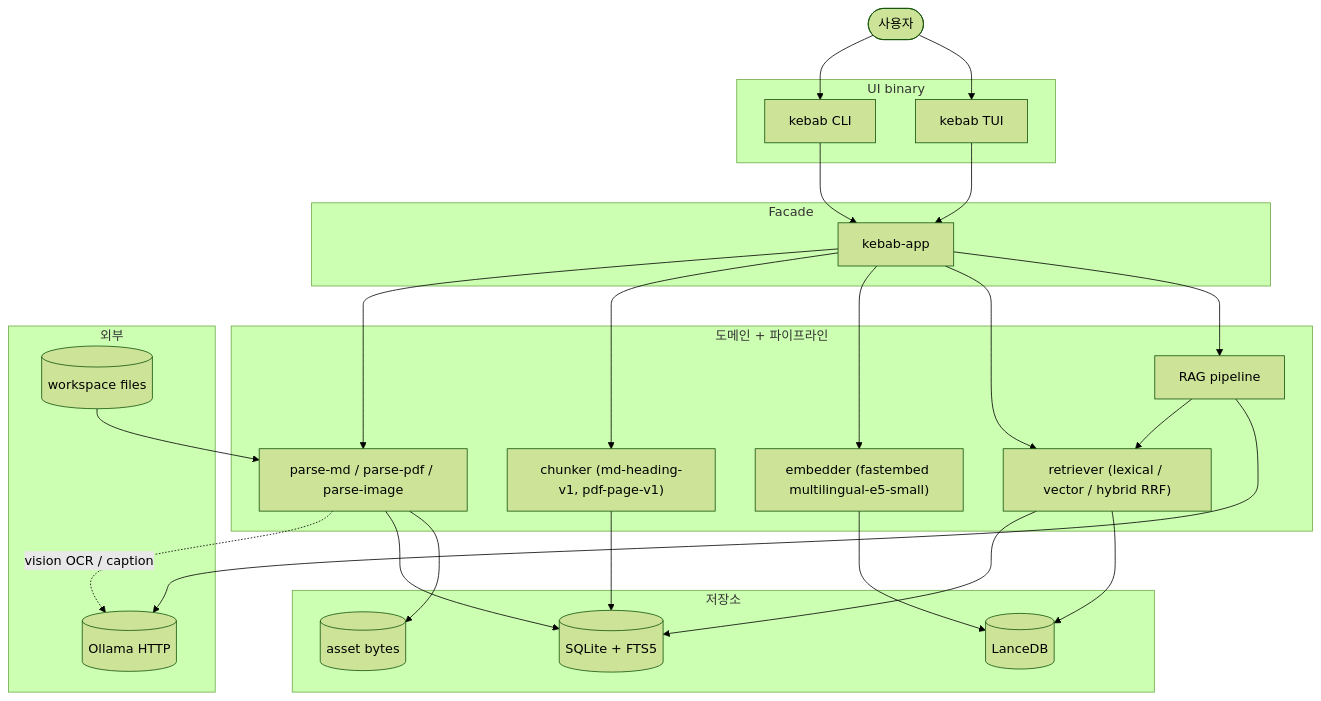
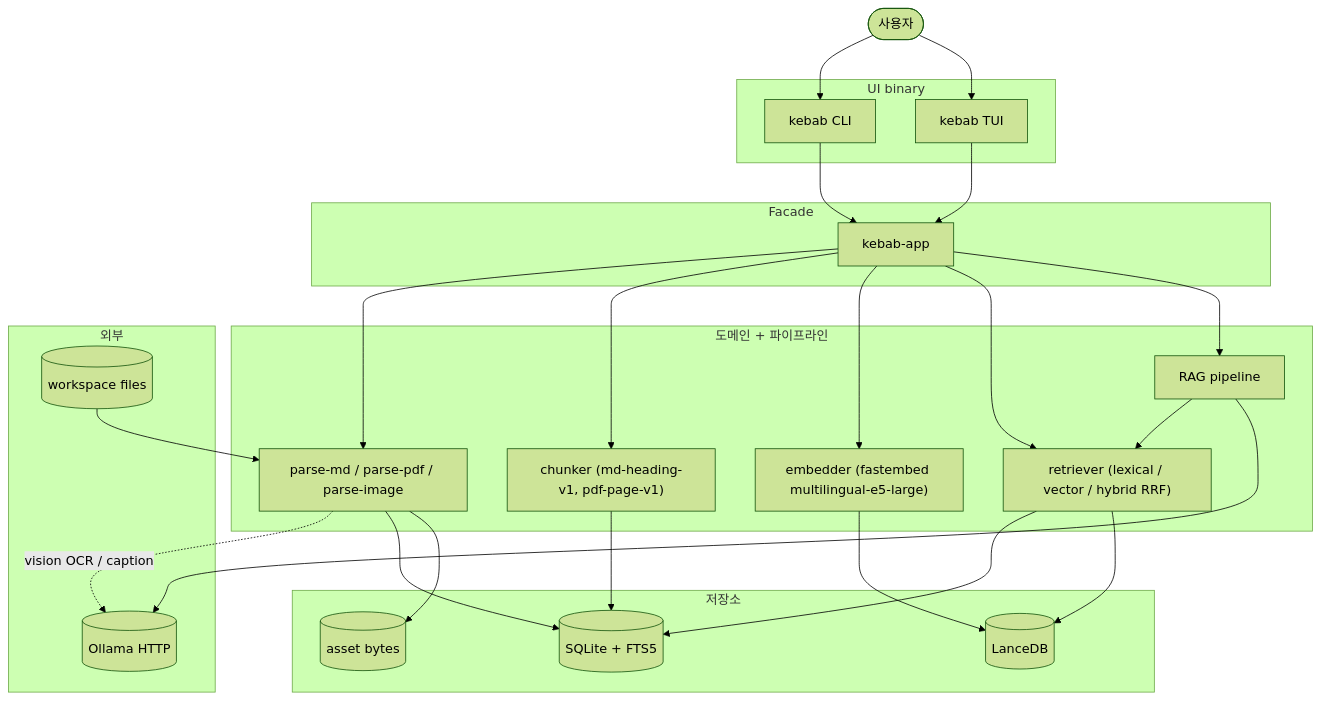
One commit to altair823/kebab changed the diagram in README.md. Above: the diagram before and after it, drawn with Mermaid (forest theme). The commit also changed other lines of this file and 6 other files, not shown here.

````diff
--- a/README.md
+++ b/README.md
@@ -120,56 +120,56 @@
 ```mermaid
 flowchart TB
     user(["사용자"])
 
     subgraph UI["UI binary"]
         cli["kebab CLI"]
         tui["kebab TUI"]
     end
 
     subgraph App["Facade"]
         app["kebab-app"]
     end
 
     subgraph Pipeline["도메인 + 파이프라인"]
         parse["parse-md / parse-pdf / parse-image"]
         chunker["chunker (md-heading-v1, pdf-page-v1)"]
-        embedder["embedder (fastembed multilingual-e5-small)"]
+        embedder["embedder (fastembed multilingual-e5-large)"]
         retriever["retriever (lexical / vector / hybrid RRF)"]
         rag["RAG pipeline"]
     end
 
     subgraph Store["저장소"]
         sqlite[("SQLite + FTS5")]
         lance[("LanceDB")]
         assets[("asset bytes")]
     end
 
     subgraph External["외부"]
         fs[("workspace files")]
         ollama[("Ollama HTTP")]
     end
 
     user --> cli
     user --> tui
     cli --> app
     tui --> app
 
     app --> parse
     app --> chunker
     app --> embedder
     app --> retriever
     app --> rag
 
     fs --> parse
     parse -. vision OCR / caption .-> ollama
     parse --> sqlite
     parse --> assets
 
     chunker --> sqlite
     embedder --> lance
     retriever --> sqlite
     retriever --> lance
 
     rag --> retriever
     rag --> ollama
 ```
````
